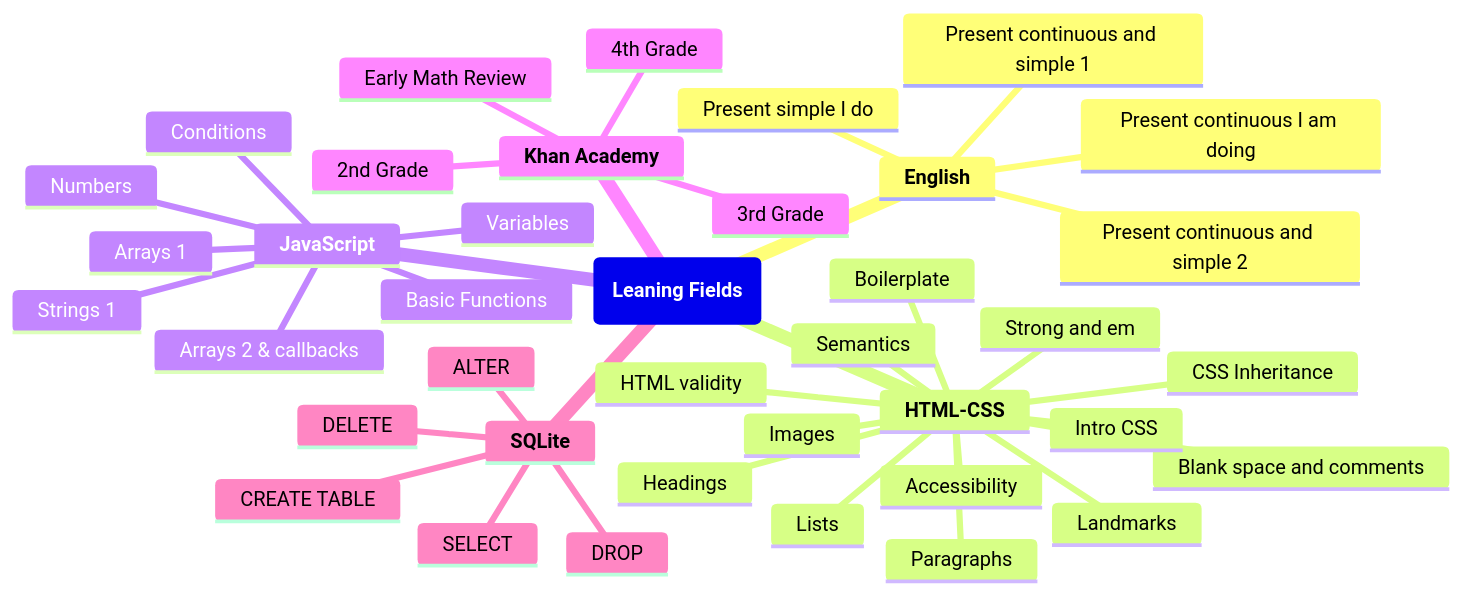
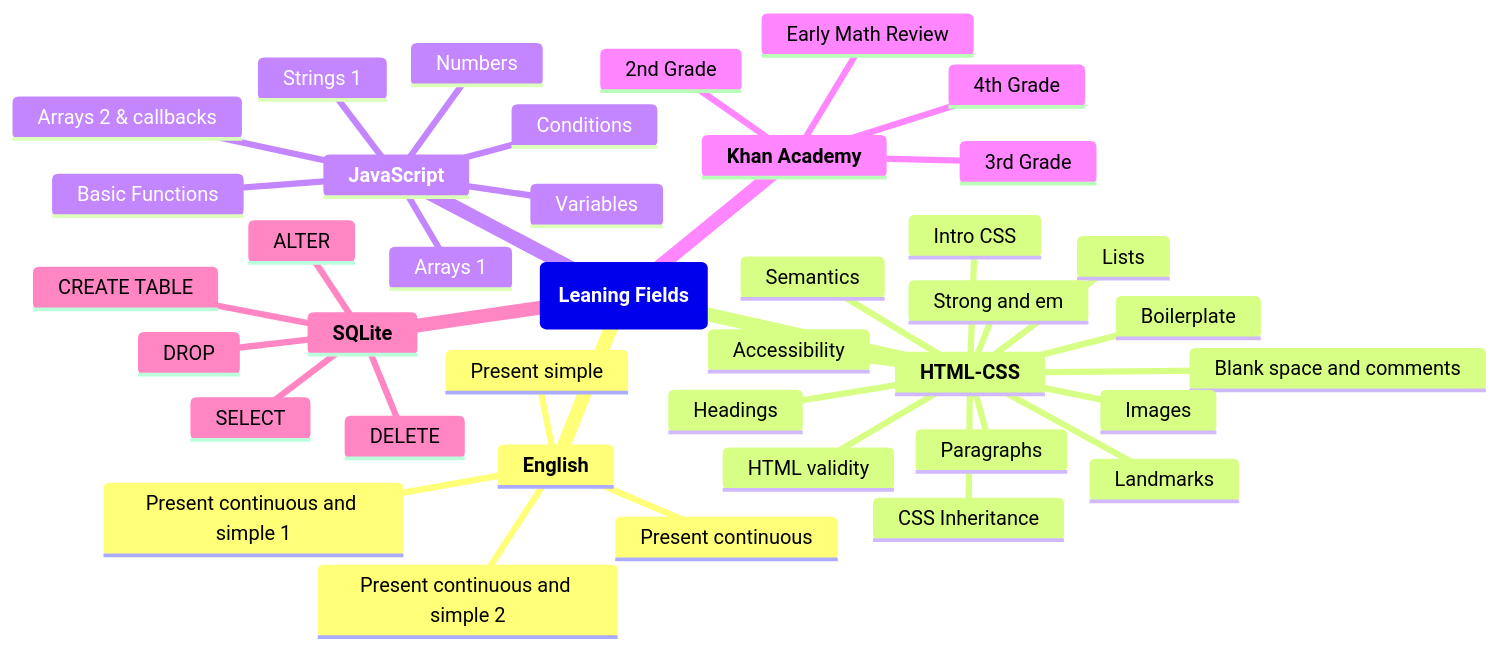
Before and after one commit to MarvinSilcGit/Learning: the diagram in README.md, drawn with Mermaid.

````diff
--- a/README.md
+++ b/README.md
@@ -4,43 +4,43 @@
 ```mermaid
 mindmap
   root(**Leaning Fields**)
     **English**
-        Present continuous I am doing
-        Present simple I do
+        Present continuous
+        Present simple
         Present continuous and simple 1
         Present continuous and simple 2
     **HTML-CSS**
         Semantics
         Accessibility
         Headings
         Boilerplate
         Blank space and comments
         Paragraphs
         Lists
         HTML validity
         Landmarks
         Strong and em
         Images
         Intro CSS
         CSS Inheritance
     **JavaScript**
         Basic Functions
         Strings 1
         Numbers
         Variables
         Conditions
         Arrays 1
         Arrays 2 & callbacks
     **Khan Academy**
         Early Math Review
         2nd Grade
         3rd Grade
         4th Grade
     **SQLite**
         CREATE TABLE
         SELECT
         ALTER
         DROP
         DELETE
     
 ```
````
